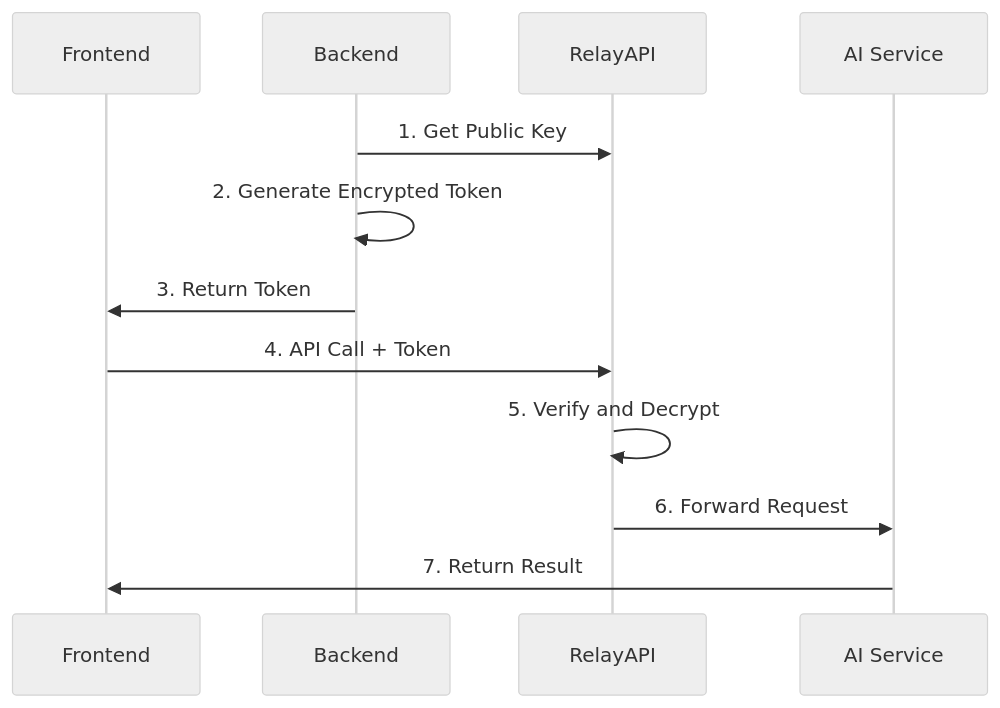
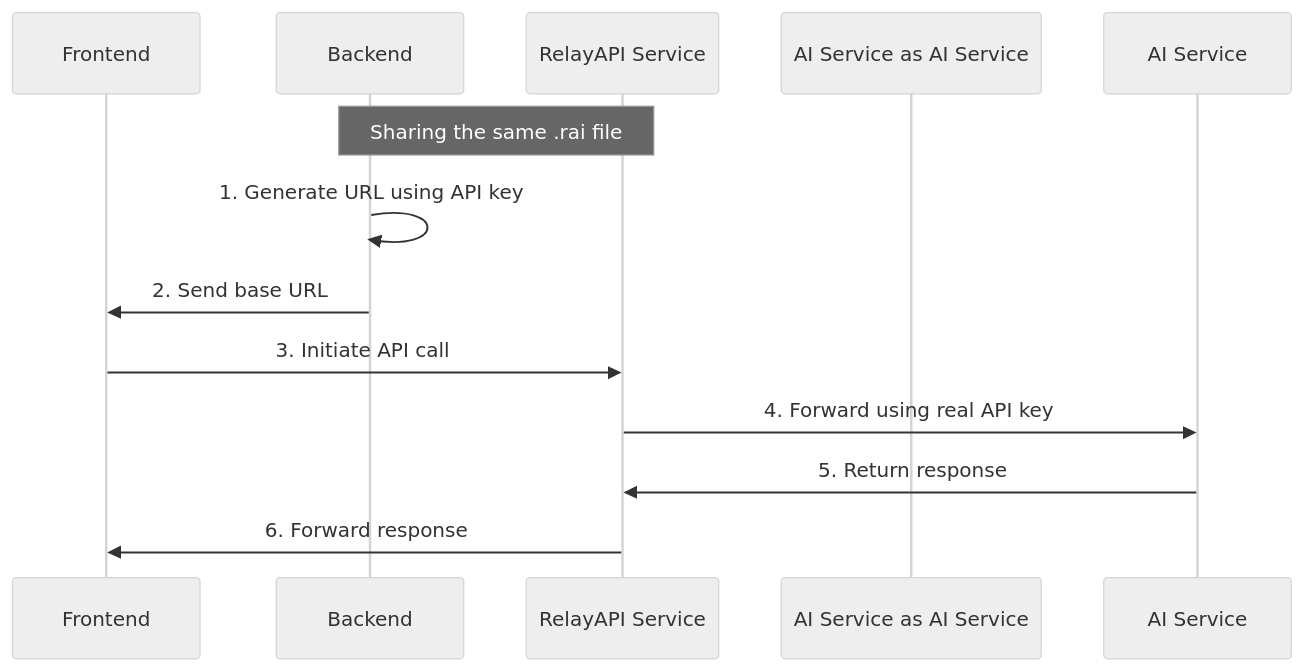
The diagram in README.md (relayapi/RelayAPI), drawn with Mermaid (neutral theme) before and after one commit. The commit also changed other lines of this file and 1 other file, not shown here.

````diff
--- a/README.md
+++ b/README.md
@@ -35,15 +36,15 @@
 ```mermaid
 sequenceDiagram
-    participant F as Frontend
-    participant B as Backend
-    participant R as RelayAPI
-    participant A as AI Service
+    participant Frontend as Frontend
+    participant Backend as Backend
+    participant RelayAPI as RelayAPI Service
+    participant AI Service as AI Service
 
-    B->>R: 1. Get Public Key
-    B->>B: 2. Generate Encrypted Token
-    B->>F: 3. Return Token
-    F->>R: 4. API Call + Token
-    R->>R: 5. Verify and Decrypt
-    R->>A: 6. Forward Request
-    A->>F: 7. Return Result
+    Note over Backend,RelayAPI: Sharing the same .rai file
+    Backend->>Backend: 1. Generate URL using API key
+    Backend->>Frontend: 2. Send base URL
+    Frontend->>RelayAPI: 3. Initiate API call
+    RelayAPI->>AI Service: 4. Forward using real API key
+    AI Service->>RelayAPI: 5. Return response
+    RelayAPI->>Frontend: 6. Forward response
 ```
````
